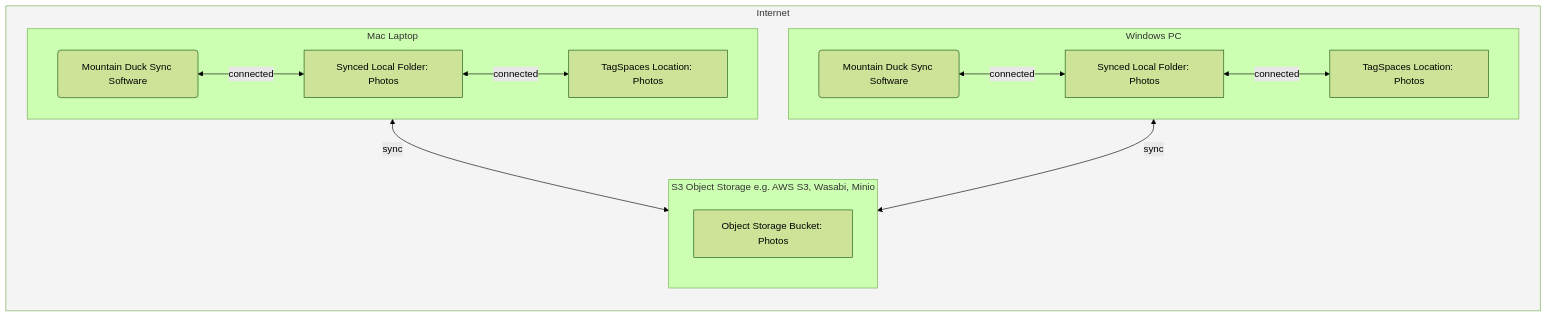
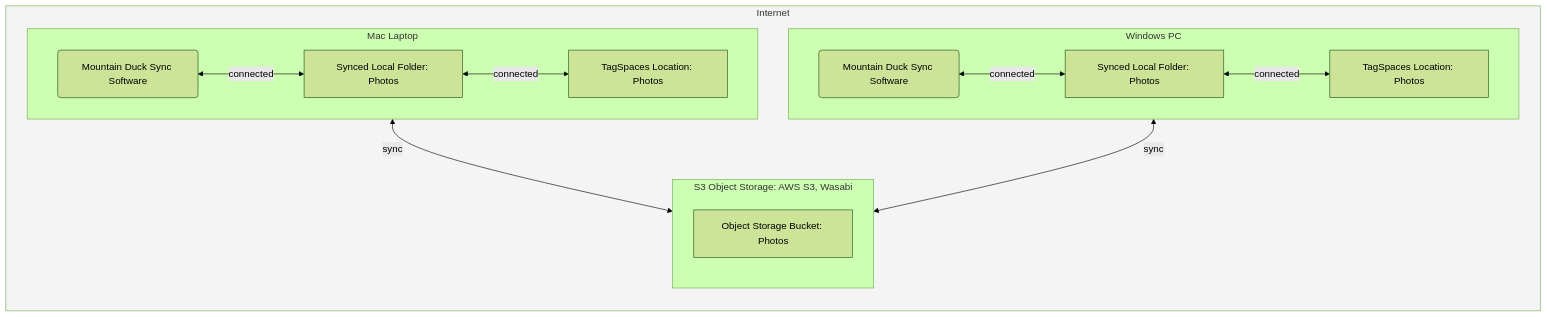
Before and after one commit to tagspaces/documentation: the sixth of 6 diagrams in docs/tutorials/using-tagspaces-collaboratively.md, drawn with Mermaid (forest theme). The commit also changed other lines of this file and 1 other file, not shown here.

````diff
--- a/docs/tutorials/using-tagspaces-collaboratively.md
+++ b/docs/tutorials/using-tagspaces-collaboratively.md
@@ -272,31 +301,31 @@
 ```mermaid
 flowchart
     subgraph Internet[Internet]
         direction TB
         subgraph PC1[Windows PC]
             direction RL
             TSLoc1["TagSpaces Location: Photos"]
             TSSync1["Synced Local Folder: Photos"]
             MND1(Mountain Duck Sync Software)
             TSLoc1 <-->|connected| TSSync1
             TSSync1 <-->|connected| MND1
 
         end
-        subgraph CloudService[S3 Object Storage e.g. AWS S3, Wasabi, Minio]
+        subgraph CloudService[S3 Object Storage: AWS S3, Wasabi]
             direction BT
             SF1["Object Storage Bucket: Photos"]
         end
         subgraph MAC1[Mac Laptop]
             direction RL
             TSLoc3["TagSpaces Location: Photos"]
             TSSync3["Synced Local Folder: Photos"]
             MND3(Mountain Duck Sync Software)
             TSLoc3 <-->|connected| TSSync3
             TSSync3 <-->|connected| MND3
         end
         MND3 <-->|sync| SF1
         MND1 <-->|sync| SF1
 
     end
     style Internet fill:#e8e8e87d
 ```
````
